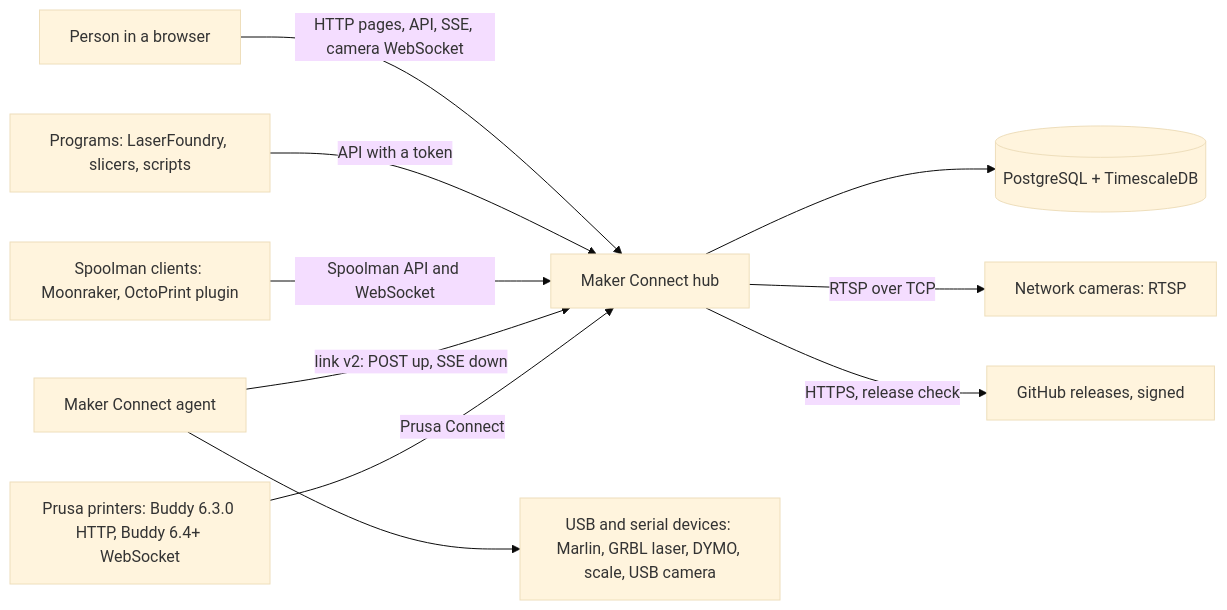
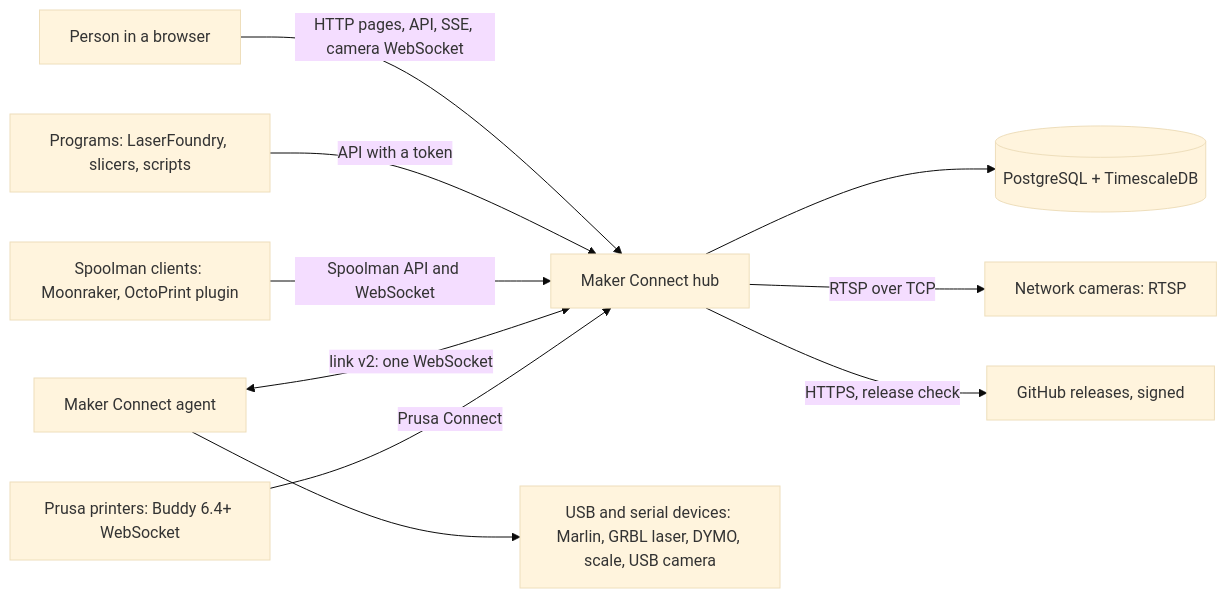
Before and after one commit to CuriousTimo/Maker-Connect: the diagram in docs/design/overview.md, drawn with Mermaid (base theme). The commit also changed other lines of this file and 20 other files, not shown here.

First line of the commit message:
docs/design: agent link over one websocket; OQ answers for V2-DEVICES

````diff
--- a/docs/design/overview.md
+++ b/docs/design/overview.md
@@ -27,22 +27,22 @@
 ```mermaid
 flowchart LR
   person["Person in a browser"]
   app["Programs: LaserFoundry, slicers, scripts"]
   spoolc["Spoolman clients: Moonraker, OctoPrint plugin"]
   hub["Maker Connect hub"]
   db[("PostgreSQL + TimescaleDB")]
   agent["Maker Connect agent"]
   usb["USB and serial devices: Marlin, GRBL laser, DYMO, scale, USB camera"]
-  prusa["Prusa printers: Buddy 6.3.0 HTTP, Buddy 6.4+ WebSocket"]
+  prusa["Prusa printers: Buddy 6.4+ WebSocket"]
   cam["Network cameras: RTSP"]
   rel["GitHub releases, signed"]
   person -->|"HTTP pages, API, SSE, camera WebSocket"| hub
   app -->|"API with a token"| hub
   spoolc -->|"Spoolman API and WebSocket"| hub
   hub --> db
-  agent -->|"link v2: POST up, SSE down"| hub
+  agent <-->|"link v2: one WebSocket"| hub
   agent --> usb
   prusa -->|"Prusa Connect"| hub
   hub -->|"RTSP over TCP"| cam
   hub -->|"HTTPS, release check"| rel
 ```
````
